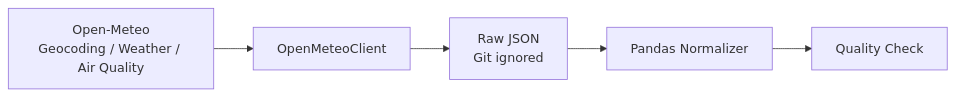
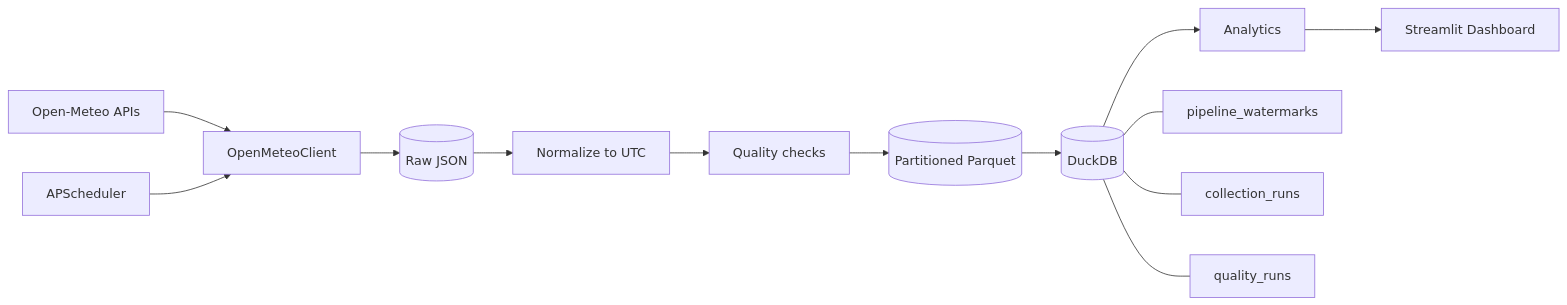
The diagram in README.md (xuyang2005cs/urban-environment-analytics), drawn with Mermaid before and after one commit. The commit also changed other lines of this file and 6 other files, not shown here.

````diff
--- a/README.md
+++ b/README.md
@@ -45,9 +29,15 @@
 ```mermaid
 flowchart LR
-    A[Open-Meteo<br/>Geocoding / Weather / Air Quality]
-    B[OpenMeteoClient]
-    C[Raw JSON<br/>Git ignored]
-    D[Pandas Normalizer]
-    E[Quality Check]
-    A --> B --> C --> D --> E
+    O[Open-Meteo APIs] --> C[OpenMeteoClient]
+    C --> R[(Raw JSON)]
+    R --> N[Normalize to UTC]
+    N --> Q[Quality checks]
+    Q --> P[(Partitioned Parquet)]
+    P --> D[(DuckDB)]
+    D --> A[Analytics]
+    A --> S[Streamlit Dashboard]
+    J[APScheduler] --> C
+    D --- W[pipeline_watermarks]
+    D --- L[collection_runs]
+    D --- QR[quality_runs]
 ```
````
